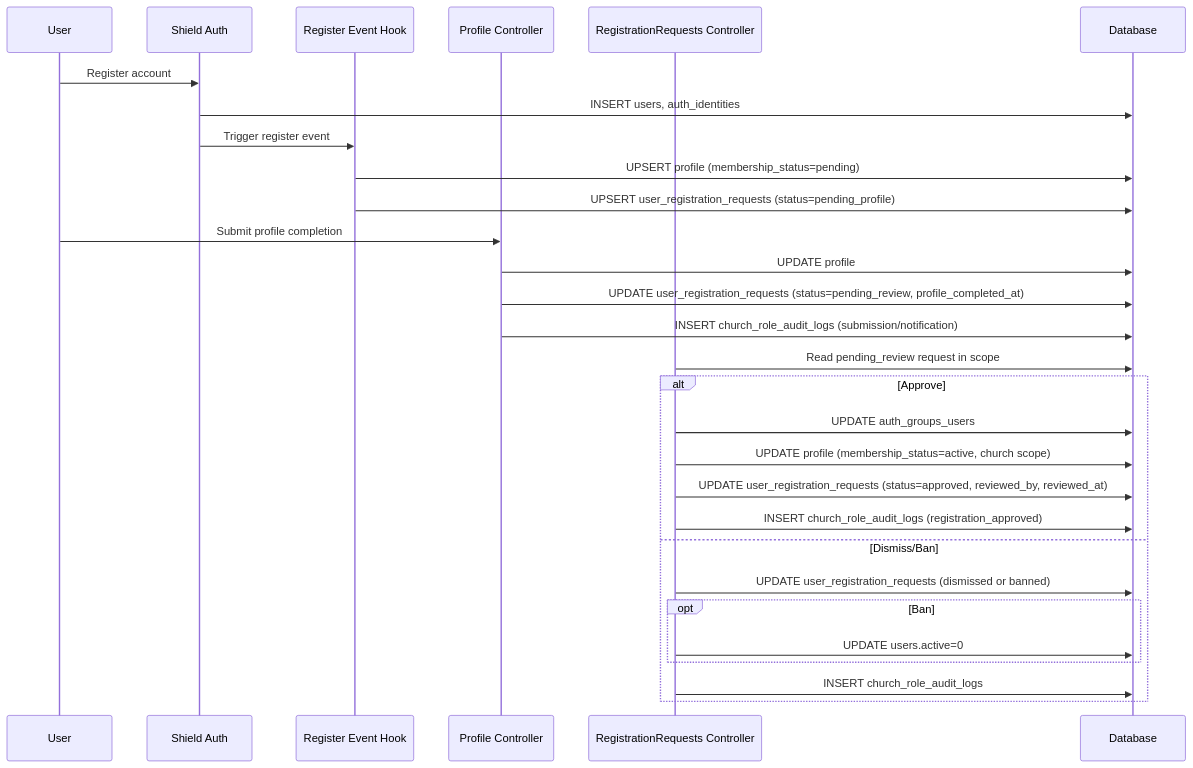
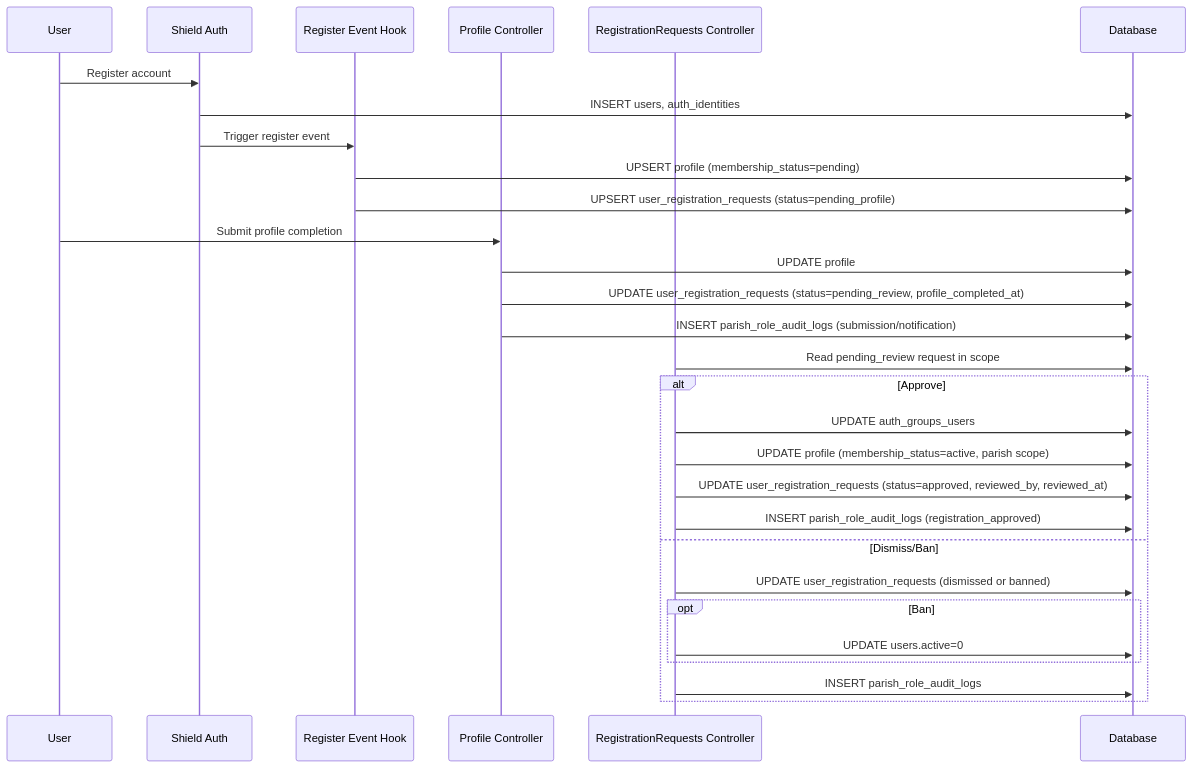
One commit to ekklesiaonline/ekklesiaONLINE changed the first of 2 diagrams in docs/REGISTRATION_TO_GOOD_STANDING_FLOW_REPORT_2026-04-10.md. Above: the diagram before and after it, drawn with Mermaid. The commit also changed other lines of this file and 266 other files, not shown here.

First line of the commit message:
Project-wide terminology migration: church -> parish

````diff
--- a/docs/REGISTRATION_TO_GOOD_STANDING_FLOW_REPORT_2026-04-10.md
+++ b/docs/REGISTRATION_TO_GOOD_STANDING_FLOW_REPORT_2026-04-10.md
@@ -27,34 +27,34 @@
 ```mermaid
 sequenceDiagram
     participant U as User
     participant S as Shield Auth
     participant E as Register Event Hook
     participant P as Profile Controller
     participant R as RegistrationRequests Controller
     participant DB as Database
 
     U->>S: Register account
     S->>DB: INSERT users, auth_identities
     S->>E: Trigger register event
     E->>DB: UPSERT profile (membership_status=pending)
     E->>DB: UPSERT user_registration_requests (status=pending_profile)
 
     U->>P: Submit profile completion
     P->>DB: UPDATE profile
     P->>DB: UPDATE user_registration_requests (status=pending_review, profile_completed_at)
-    P->>DB: INSERT church_role_audit_logs (submission/notification)
+    P->>DB: INSERT parish_role_audit_logs (submission/notification)
 
     R->>DB: Read pending_review request in scope
     alt Approve
         R->>DB: UPDATE auth_groups_users
-        R->>DB: UPDATE profile (membership_status=active, church scope)
+        R->>DB: UPDATE profile (membership_status=active, parish scope)
         R->>DB: UPDATE user_registration_requests (status=approved, reviewed_by, reviewed_at)
-        R->>DB: INSERT church_role_audit_logs (registration_approved)
+        R->>DB: INSERT parish_role_audit_logs (registration_approved)
     else Dismiss/Ban
         R->>DB: UPDATE user_registration_requests (dismissed or banned)
         opt Ban
             R->>DB: UPDATE users.active=0
         end
-        R->>DB: INSERT church_role_audit_logs
+        R->>DB: INSERT parish_role_audit_logs
     end
 ```
````
